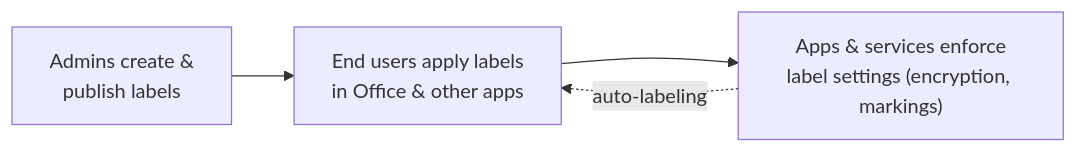
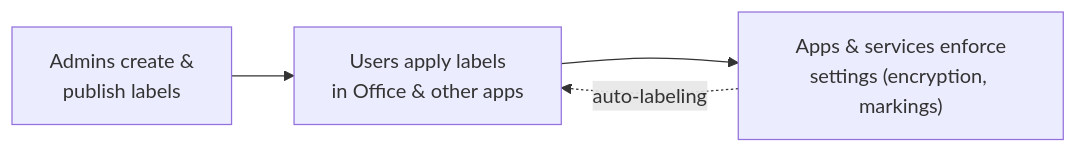
The diagram in docs/purview/data-security/information-protection/index.md (indra-pr/msft-security-workshop), drawn with Mermaid before and after one commit. The commit also changed other lines of this file and 10 other files, not shown here.

````diff
--- a/docs/purview/data-security/information-protection/index.md
+++ b/docs/purview/data-security/information-protection/index.md
@@ -26,6 +40,6 @@
 ```mermaid
 flowchart LR
-    A["Admins create &<br/>publish labels"] --> B["End users apply labels<br/>in Office & other apps"]
-    B --> C["Apps & services enforce<br/>label settings (encryption, markings)"]
+    A["Admins create &<br/>publish labels"] --> B["Users apply labels<br/>in Office & other apps"]
+    B --> C["Apps & services enforce<br/>settings (encryption, markings)"]
     C -.auto-labeling.-> B
 ```
````
